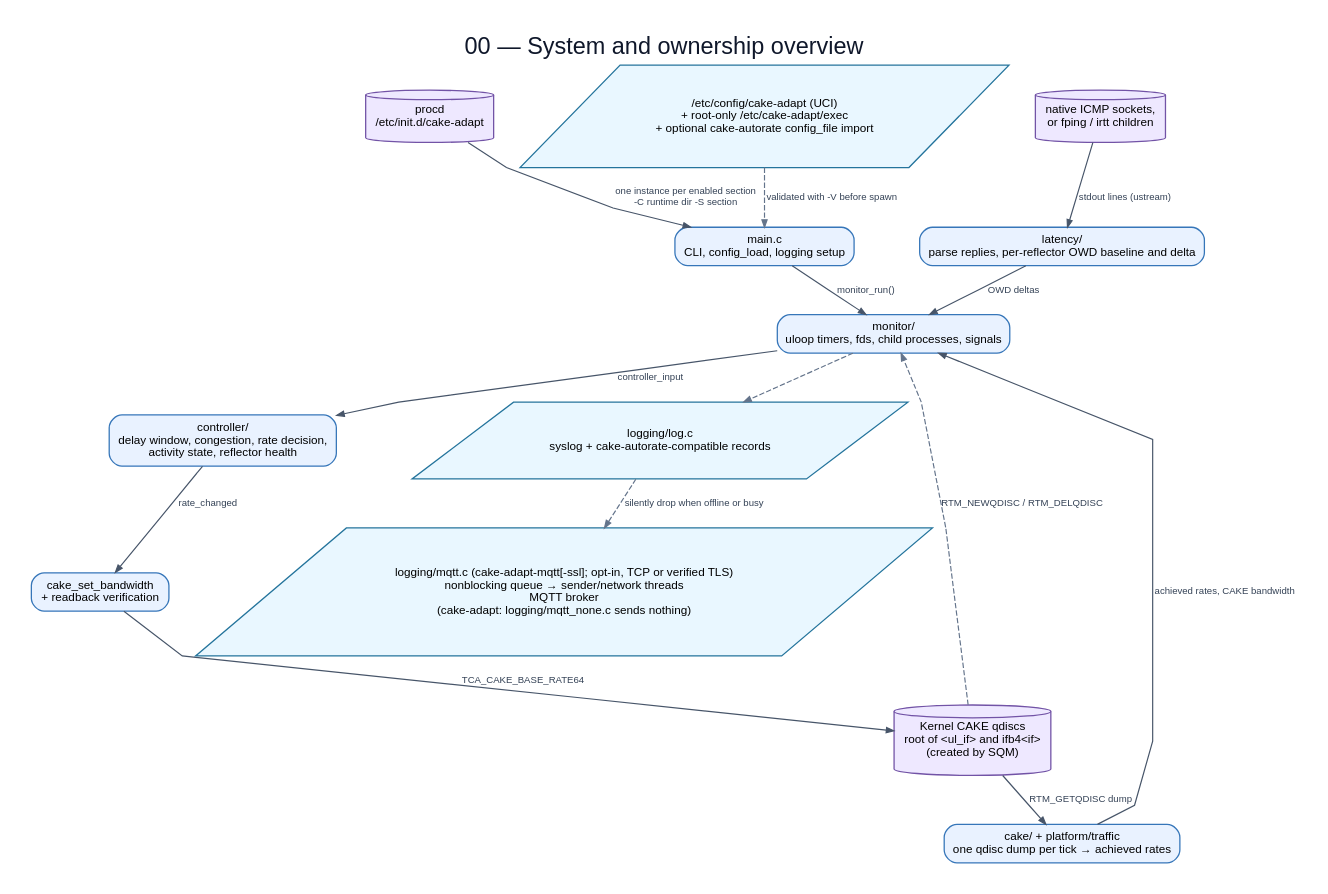
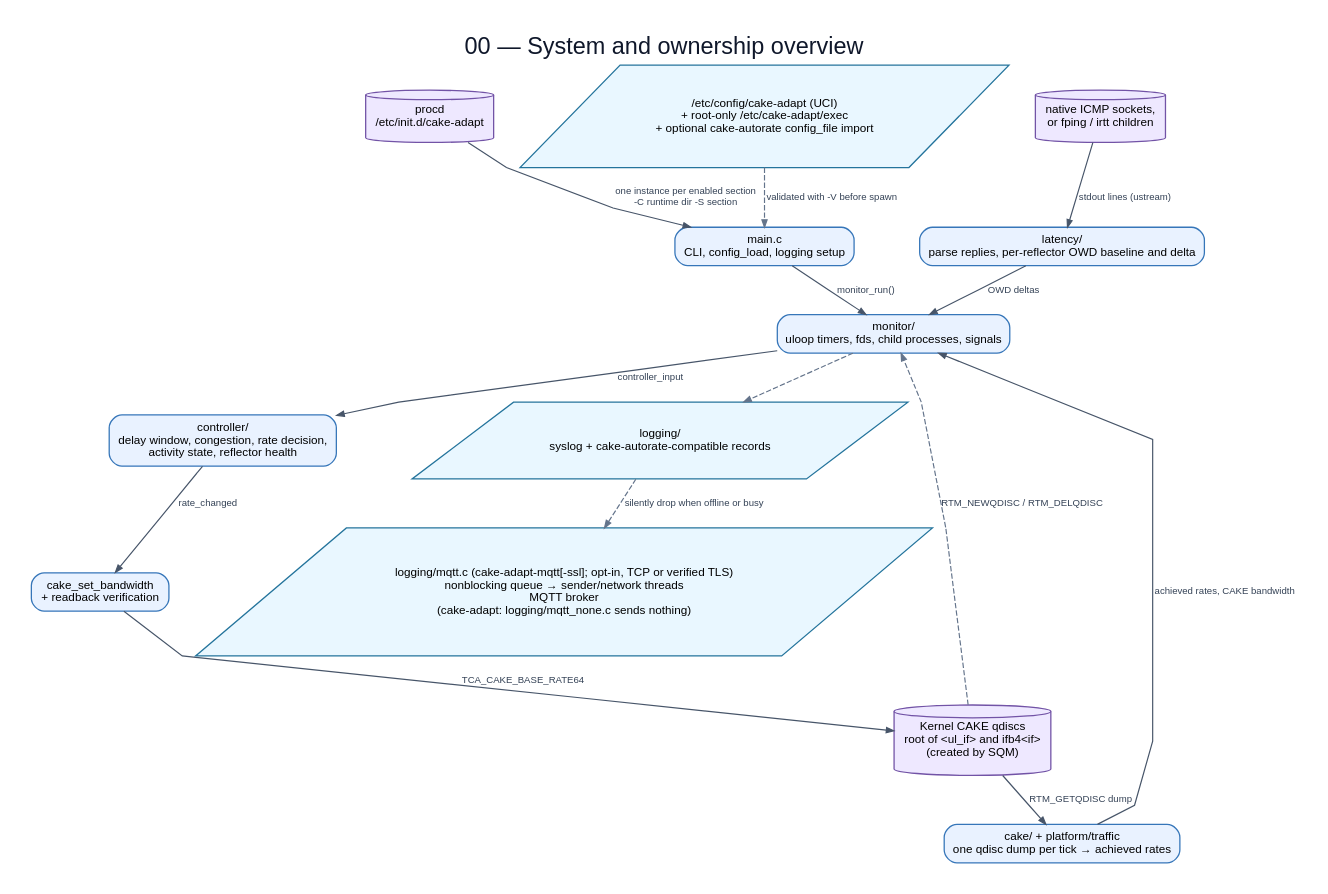
One commit to huydoan94/cake-adapt changed the diagram in flowchart/diagrams/00-system-overview.dot. Above: the diagram before and after it, drawn with Graphviz. The commit also changed 10 other files, not shown here.

Commit message:
flowchart: regenerate for the restructure

```diff
--- a/flowchart/diagrams/00-system-overview.dot
+++ b/flowchart/diagrams/00-system-overview.dot
@@ -1,30 +1,30 @@
 digraph G {
   graph [rankdir=TB,bgcolor="white",pad="0.30",nodesep="0.35",ranksep="0.48",splines=polyline,fontname="Arial",label="00 — System and ownership overview",labelloc=t,fontsize=22,fontcolor="#0f172a"];
   node [fontname="Arial",fontsize=11,margin="0.14,0.09",penwidth=1.2];
   edge [fontname="Arial",fontsize=9,color="#475569",fontcolor="#334155",arrowsize=0.7,penwidth=1.1];
   procd [label="procd\n/etc/init.d/cake-adapt",shape=cylinder,style="filled",fillcolor="#eee8ff",color="#7253a6"];
   uci [label="/etc/config/cake-adapt (UCI)\n+ root-only /etc/cake-adapt/exec\n+ optional cake-autorate config_file import",shape=parallelogram,style="filled",fillcolor="#e9f7ff",color="#24749c"];
   main [label="main.c\nCLI, config_load, logging setup",shape=box,style="rounded,filled",fillcolor="#e9f2ff",color="#3676b9"];
   loop [label="monitor/\nuloop timers, fds, child processes, signals",shape=box,style="rounded,filled",fillcolor="#e9f2ff",color="#3676b9"];
   pinger [label="native ICMP sockets,\nor fping / irtt children",shape=cylinder,style="filled",fillcolor="#eee8ff",color="#7253a6"];
   latency [label="latency/\nparse replies, per-reflector OWD baseline and delta",shape=box,style="rounded,filled",fillcolor="#e9f2ff",color="#3676b9"];
   observe [label="cake/ + platform/traffic\none qdisc dump per tick → achieved rates",shape=box,style="rounded,filled",fillcolor="#e9f2ff",color="#3676b9"];
   controller [label="controller/\ndelay window, congestion, rate decision,\nactivity state, reflector health",shape=box,style="rounded,filled",fillcolor="#e9f2ff",color="#3676b9"];
   apply [label="cake_set_bandwidth\n+ readback verification",shape=box,style="rounded,filled",fillcolor="#e9f2ff",color="#3676b9"];
   kernel [label="Kernel CAKE qdiscs\nroot of <ul_if> and ifb4<if>\n(created by SQM)",shape=cylinder,style="filled",fillcolor="#eee8ff",color="#7253a6"];
-  log [label="logging/log.c\nsyslog + cake-autorate-compatible records",shape=parallelogram,style="filled",fillcolor="#e9f7ff",color="#24749c"];
+  log [label="logging/\nsyslog + cake-autorate-compatible records",shape=parallelogram,style="filled",fillcolor="#e9f7ff",color="#24749c"];
   mqtt [label="logging/mqtt.c (cake-adapt-mqtt[-ssl]; opt-in, TCP or verified TLS)\nnonblocking queue → sender/network threads\nMQTT broker\n(cake-adapt: logging/mqtt_none.c sends nothing)",shape=parallelogram,style="filled",fillcolor="#e9f7ff",color="#24749c"];
   procd -> main [label="one instance per enabled section\n-C runtime dir -S section"];
   uci -> main [label="validated with -V before spawn",style=dashed,color="#64748b"];
   main -> loop [label="monitor_run()"];
   pinger -> latency [label="stdout lines (ustream)"];
   latency -> loop [label="OWD deltas"];
   kernel -> observe [label="RTM_GETQDISC dump"];
   observe -> loop [label="achieved rates, CAKE bandwidth"];
   kernel -> loop [label="RTM_NEWQDISC / RTM_DELQDISC",style=dashed,color="#64748b"];
   loop -> controller [label="controller_input"];
   controller -> apply [label="rate_changed"];
   apply -> kernel [label="TCA_CAKE_BASE_RATE64"];
   loop -> log [style=dashed,color="#64748b"];
   log -> mqtt [label="silently drop when offline or busy",style=dashed,color="#64748b"];
 }
```
